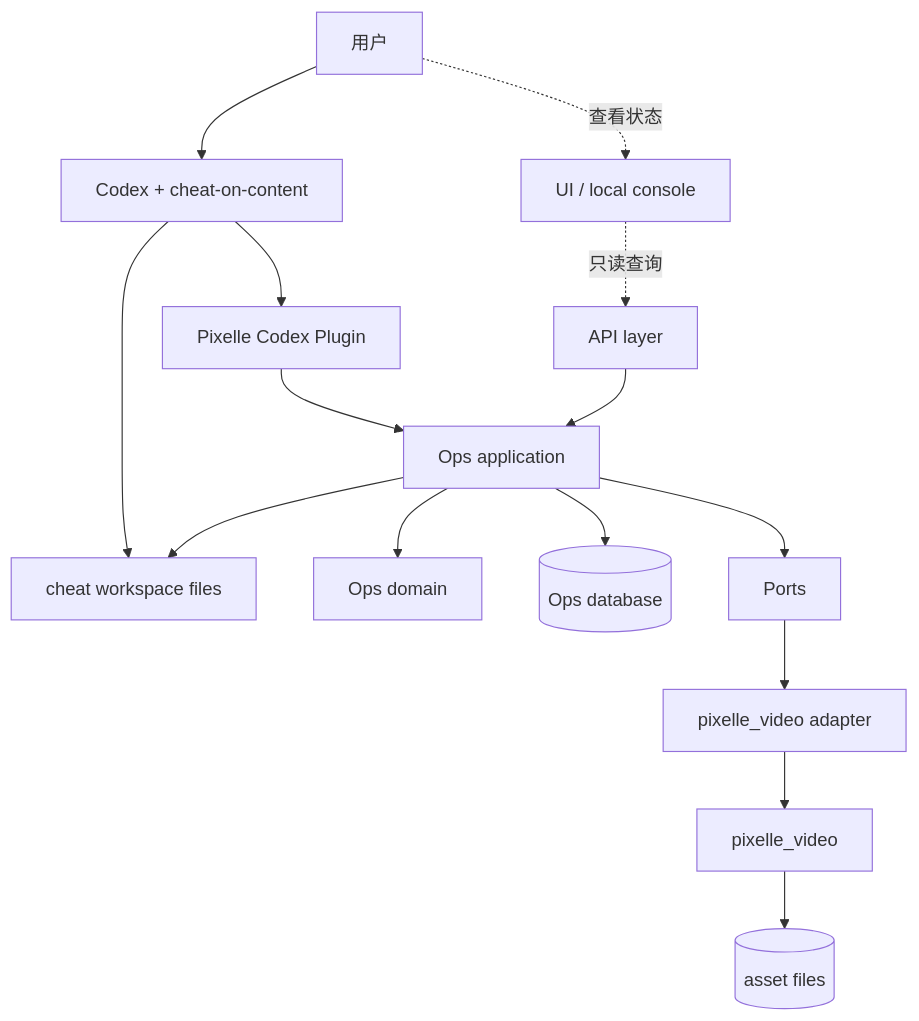
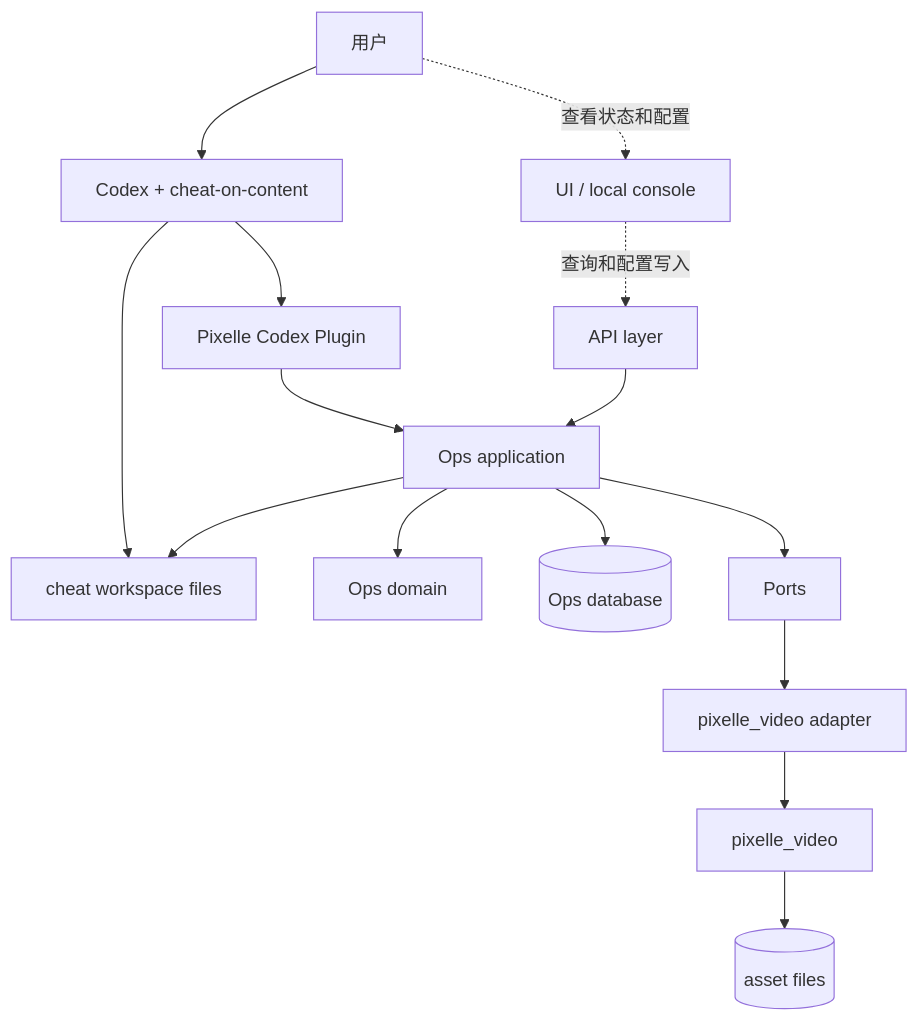
The diagram in docs/zh/product/pixelle-main-rebuild-technical-architecture.md (zhihao93li/Pixelle-Video-plus), drawn with Mermaid before and after one commit. The commit also changed other lines of this file and 34 other files, not shown here.

````diff
--- a/docs/zh/product/pixelle-main-rebuild-technical-architecture.md
+++ b/docs/zh/product/pixelle-main-rebuild-technical-architecture.md
@@ -423,31 +460,31 @@
 ```mermaid
 flowchart TD
   User["用户"]
   Codex["Codex + cheat-on-content"]
   Plugin["Pixelle Codex Plugin"]
   CheatWS["cheat workspace files"]
   UI["UI / local console"]
   API["API layer"]
   App["Ops application"]
   Domain["Ops domain"]
   DB[("Ops database")]
   Ports["Ports"]
   GenAdapter["pixelle_video adapter"]
   Video["pixelle_video"]
   Assets[("asset files")]
 
   User --> Codex
-  User -.查看状态.-> UI
+  User -.查看状态和配置.-> UI
   Codex --> CheatWS
   Codex --> Plugin
   Plugin --> App
-  UI -.只读查询.-> API
+  UI -.查询和配置写入.-> API
   API --> App
   App --> Domain
   App --> DB
   App --> Ports
   Ports --> GenAdapter
   GenAdapter --> Video
   Video --> Assets
   App --> CheatWS
 ```
````
